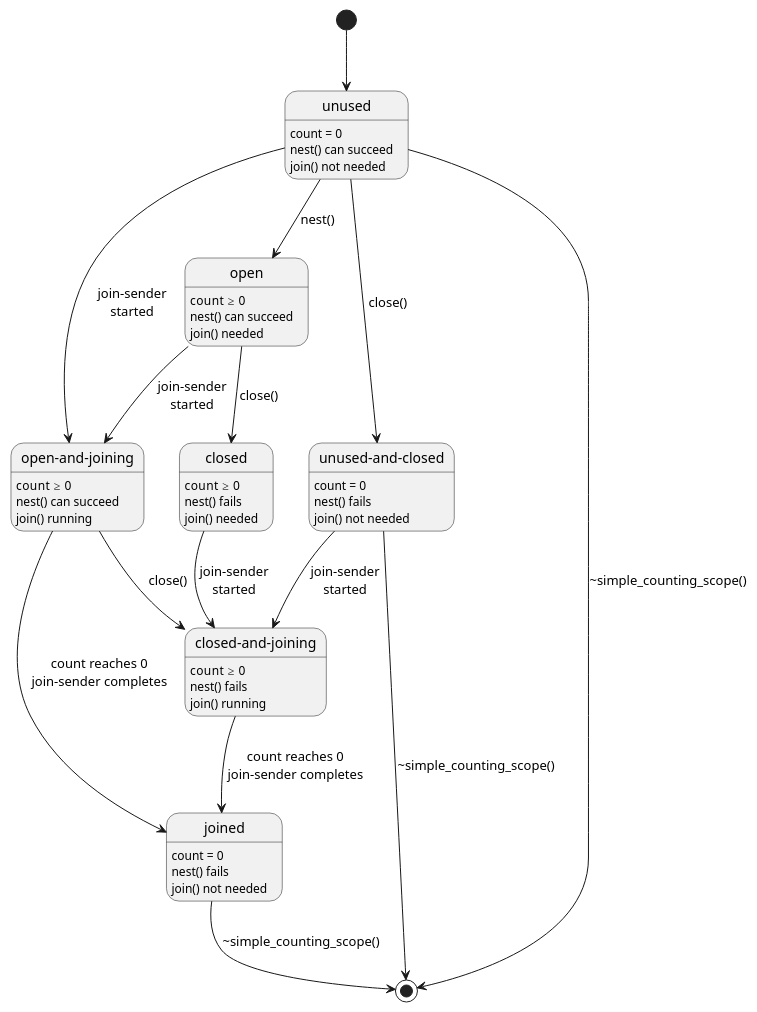
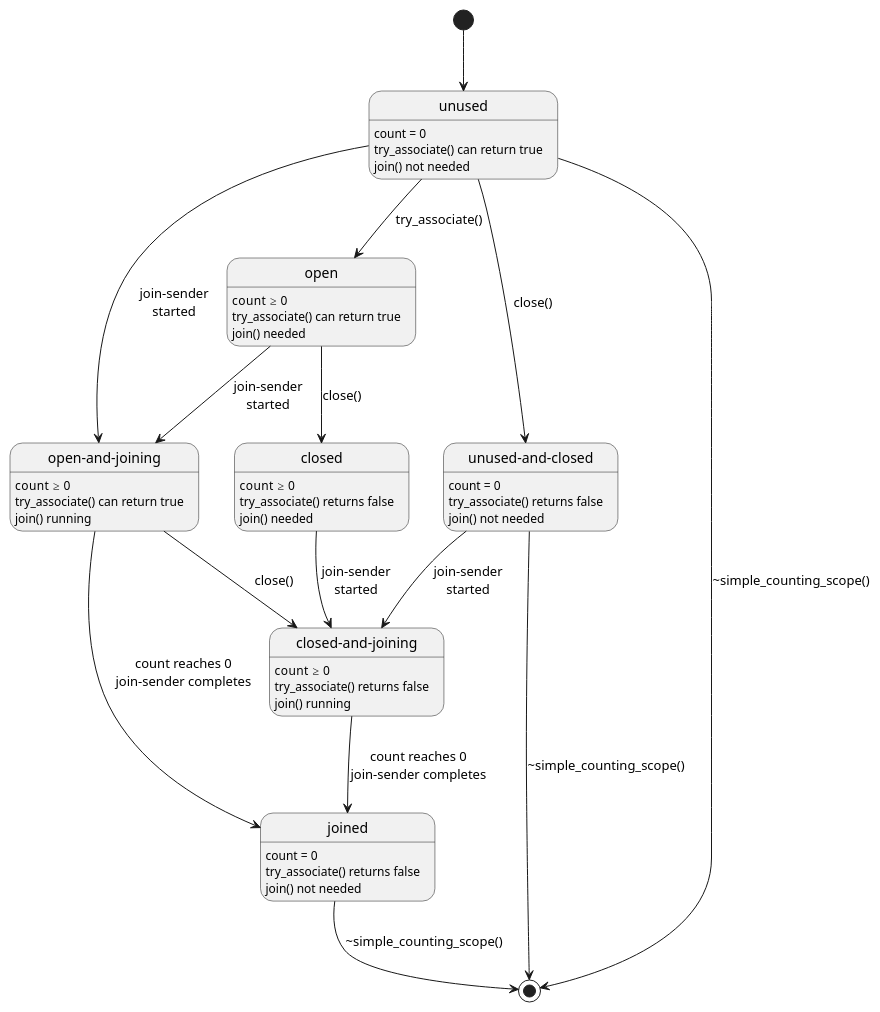
Before and after one commit to ispeters/async_scope: the diagram in asyncscope.md, drawn with PlantUML. The commit also changed other lines of this file and 1 other file, not shown here.

````diff
--- a/asyncscope.md
+++ b/asyncscope.md
@@ -1205,56 +1551,56 @@
 ```plantuml
 @startuml
 state unused {
 }
 state open {
 }
 state closed {
 }
 state "open-and-joining" as open_and_joining {
 }
 state "closed-and-joining" as closed_and_joining {
 }
 state "unused-and-closed" as unused_and_closed {
 }
 state joined {
 }
 
 unused : count = 0
-unused : nest() can succeed
+unused : try_associate() can return true
 unused : join() not needed
 open : count ≥ 0
-open : nest() can succeed
+open : try_associate() can return true
 open : join() needed
 closed : count ≥ 0
-closed : nest() fails
+closed : try_associate() returns false
 closed : join() needed
 open_and_joining : count ≥ 0
-open_and_joining : nest() can succeed
+open_and_joining : try_associate() can return true
 open_and_joining : join() running
 closed_and_joining : count ≥ 0
-closed_and_joining : nest() fails
+closed_and_joining : try_associate() returns false
 closed_and_joining : join() running
 unused_and_closed : count = 0
-unused_and_closed : nest() fails
+unused_and_closed : try_associate() returns false
 unused_and_closed : join() not needed
 joined : count = 0
-joined : nest() fails
+joined : try_associate() returns false
 joined : join() not needed
 
 [*] --> unused
-unused --> open : nest()
+unused --> open : try_associate()
 unused --> unused_and_closed : close()
 unused --> open_and_joining : join-sender\nstarted
 open --> closed : close()
 open --> open_and_joining : join-sender\nstarted
 closed --> closed_and_joining : join-sender\nstarted
 open_and_joining --> closed_and_joining : close()
 unused_and_closed --> closed_and_joining : join-sender\nstarted
 closed_and_joining --> joined : count reaches 0\njoin-sender completes
 open_and_joining --> joined : count reaches 0\njoin-sender completes
 joined --> [*] : \~simple_counting_scope()
 unused_and_closed --> [*] : \~simple_counting_scope()
 unused --> [*] : \~simple_counting_scope()
 
 @enduml
 ```
````
